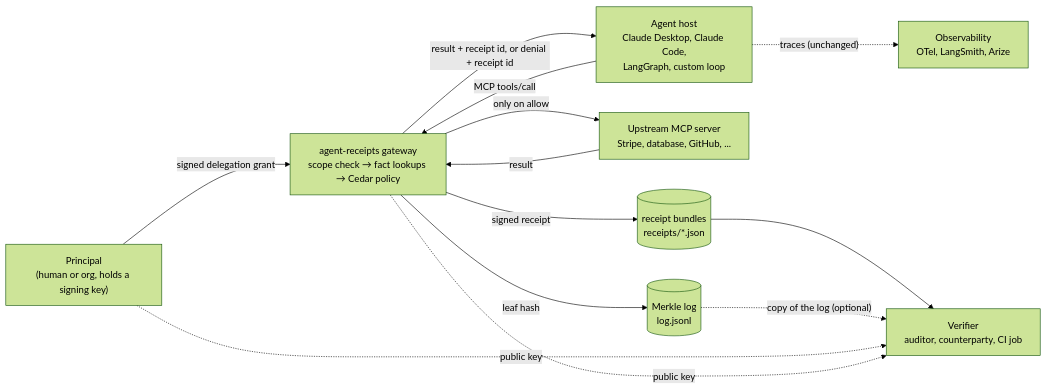
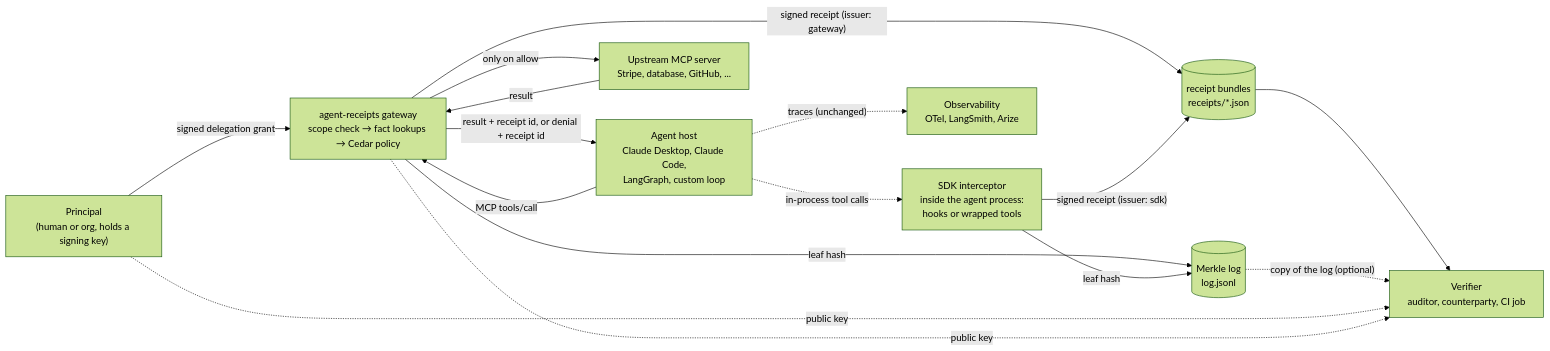
Before and after one commit to ch4r10t33r/agent-custody: the first of 3 diagrams in README.md, drawn with Mermaid (forest theme). The commit also changed other lines of this file and 14 other files, not shown here.

First line of the commit message:
Add the in-process SDK interceptor and an issuer field on every receipt

````diff
--- a/README.md
+++ b/README.md
@@ -15,24 +19,28 @@
 ```mermaid
 flowchart LR
     P["Principal<br/>(human or org, holds a signing key)"]
     A["Agent host<br/>Claude Desktop, Claude Code,<br/>LangGraph, custom loop"]
+    S["SDK interceptor<br/>inside the agent process:<br/>hooks or wrapped tools"]
     G["agent-receipts gateway<br/>scope check → fact lookups → Cedar policy"]
     U["Upstream MCP server<br/>Stripe, database, GitHub, ..."]
     R[("receipt bundles<br/>receipts/*.json")]
     L[("Merkle log<br/>log.jsonl")]
     V["Verifier<br/>auditor, counterparty, CI job"]
     O["Observability<br/>OTel, LangSmith, Arize"]
 
     P -- "signed delegation grant" --> G
     A -- "MCP tools/call" --> G
     G -- "only on allow" --> U
     U -- "result" --> G
     G -- "result + receipt id, or denial + receipt id" --> A
-    G -- "signed receipt" --> R
+    G -- "signed receipt (issuer: gateway)" --> R
     G -- "leaf hash" --> L
+    A -. "in-process tool calls" .-> S
+    S -- "signed receipt (issuer: sdk)" --> R
+    S -- "leaf hash" --> L
     R --> V
     L -. "copy of the log (optional)" .-> V
     P -. "public key" .-> V
     G -. "public key" .-> V
     A -. "traces (unchanged)" .-> O
 ```
````
